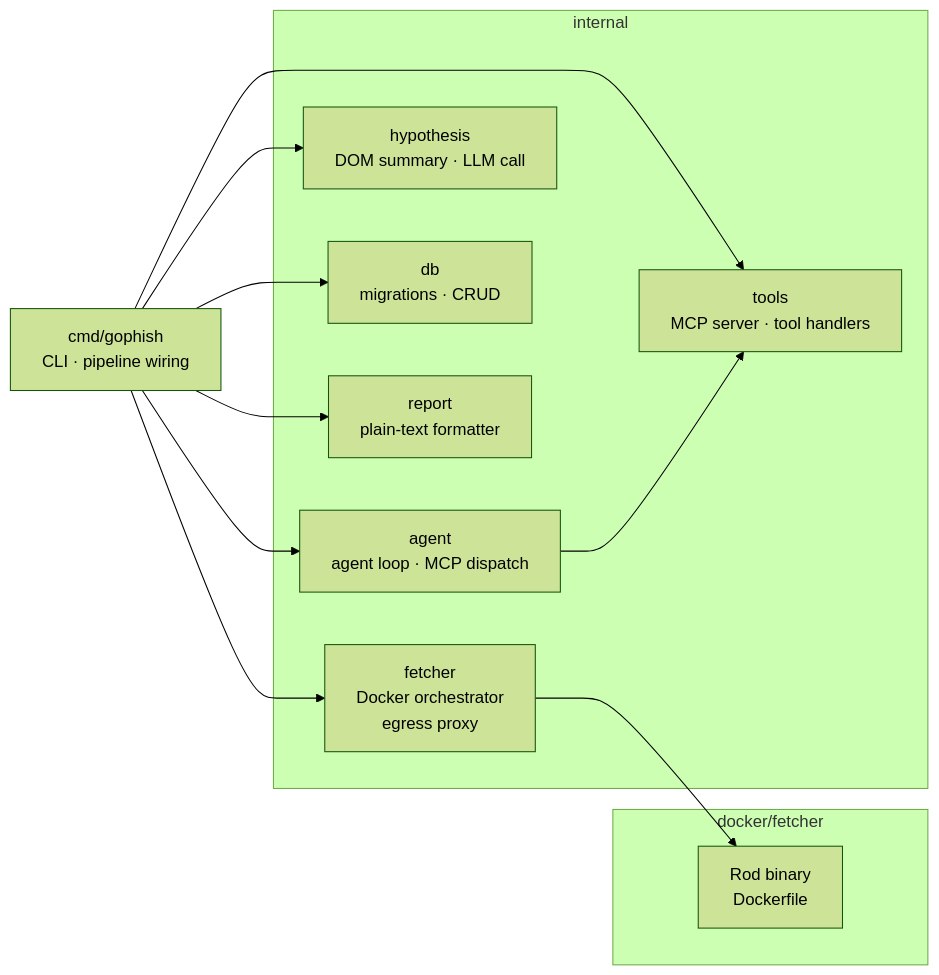
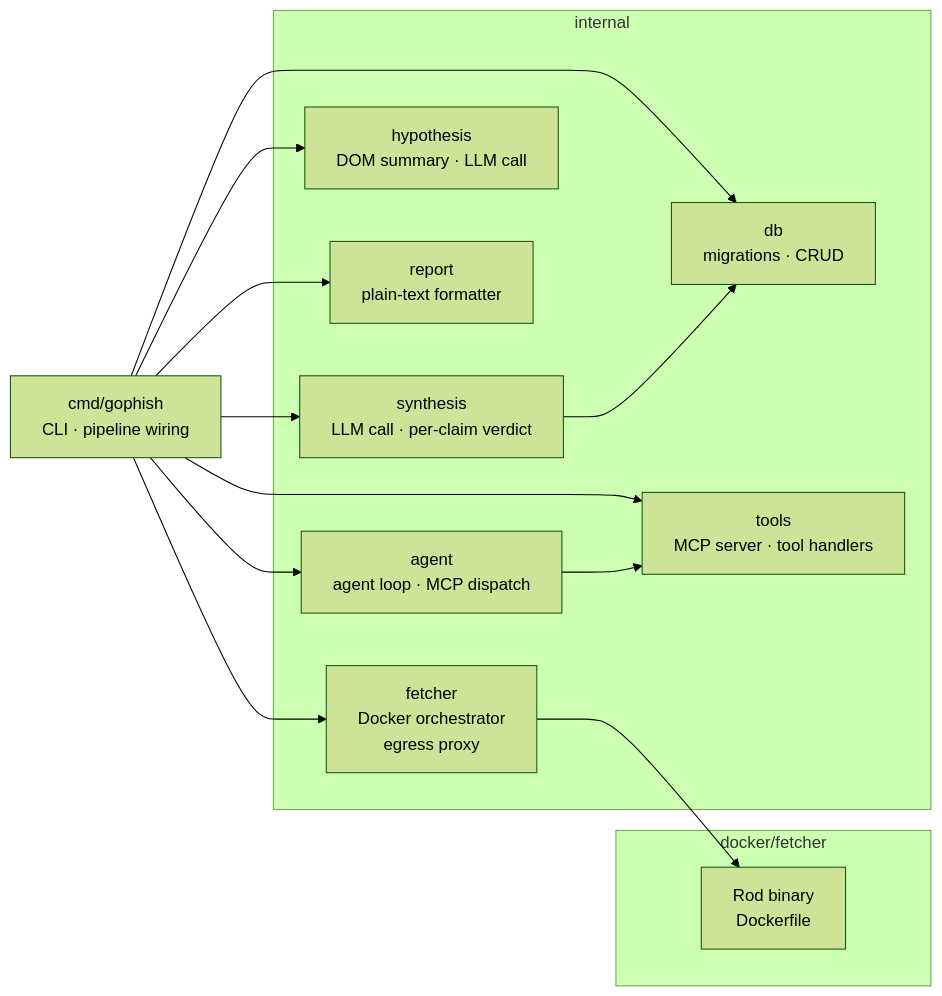
Before and after one commit to Aslanchik/go-phish: the second of 2 diagrams in docs/architecture.md, drawn with Mermaid (forest theme). The commit also changed other lines of this file and 4 other files, not shown here.

````diff
--- a/docs/architecture.md
+++ b/docs/architecture.md
@@ -77,26 +79,29 @@
 ```mermaid
 graph LR
     cmd["cmd/gophish\nCLI · pipeline wiring"]
 
     subgraph internal
         fetcher["fetcher\nDocker orchestrator\negress proxy"]
         hypothesis["hypothesis\nDOM summary · LLM call"]
         db["db\nmigrations · CRUD"]
         report["report\nplain-text formatter"]
         agent["agent\nagent loop · MCP dispatch"]
         tools["tools\nMCP server · tool handlers"]
+        synthesis["synthesis\nLLM call · per-claim verdict"]
     end
 
     subgraph docker["docker/fetcher"]
         fetcherbin["Rod binary\nDockerfile"]
     end
 
     cmd --> fetcher
     cmd --> hypothesis
     cmd --> db
     cmd --> report
     cmd --> agent
     cmd --> tools
+    cmd --> synthesis
     agent --> tools
+    synthesis --> db
     fetcher --> fetcherbin
 ```
````
